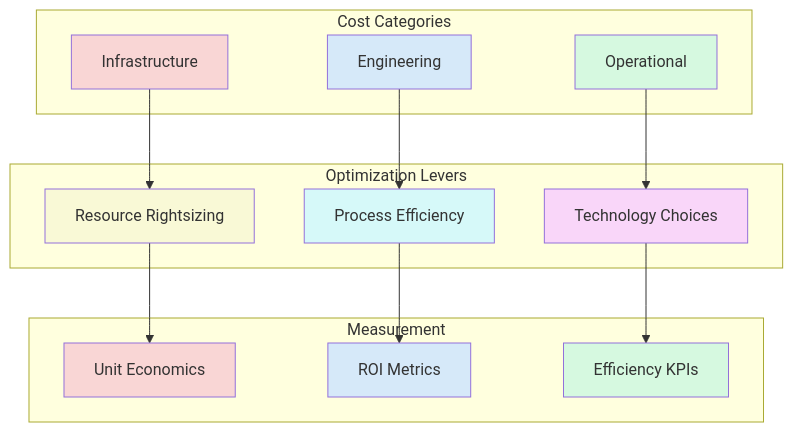
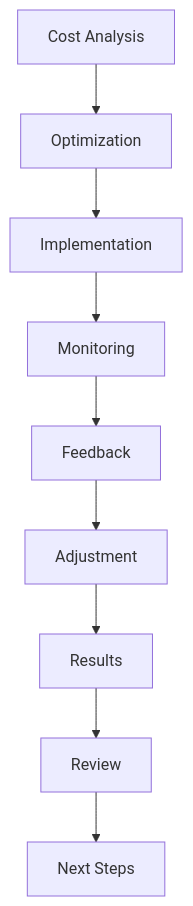
Before and after one commit to carlsendk/tech-leadership: the diagram in src/content/wiki/operating-model/optimization/optimise-cost.md, drawn with Mermaid. The commit also changed 16 other files, not shown here.

````diff
--- a/src/content/wiki/operating-model/optimization/optimise-cost.md
+++ b/src/content/wiki/operating-model/optimization/optimise-cost.md
@@ -16,38 +16,11 @@
 ```mermaid
 graph TD
-    subgraph "Cost Categories"
-        A[Infrastructure]
-        B[Engineering]
-        C[Operational]
-    end
-    
-    subgraph "Optimization Levers"
-        D[Resource Rightsizing]
-        E[Process Efficiency]
-        F[Technology Choices]
-    end
-    
-    subgraph "Measurement"
-        G[Unit Economics]
-        H[ROI Metrics]
-        I[Efficiency KPIs]
-    end
-    
-    A --> D
-    B --> E
-    C --> F
-    
-    D --> G
-    E --> H
-    F --> I
-    
-    style A fill:#f9d6d5
-    style B fill:#d6e9f9
-    style C fill:#d6f9e0
-    style D fill:#f9f9d6
-    style E fill:#d6f9f9
-    style F fill:#f9d6f9
-    style G fill:#f9d6d5
-    style H fill:#d6e9f9
-    style I fill:#d6f9e0
+    A[Cost Analysis] --> B[Optimization]
+    B --> C[Implementation]
+    C --> D[Monitoring]
+    D --> E[Feedback]
+    E --> F[Adjustment]
+    F --> G[Results]
+    G --> H[Review]
+    H --> I[Next Steps]
 ```
````
